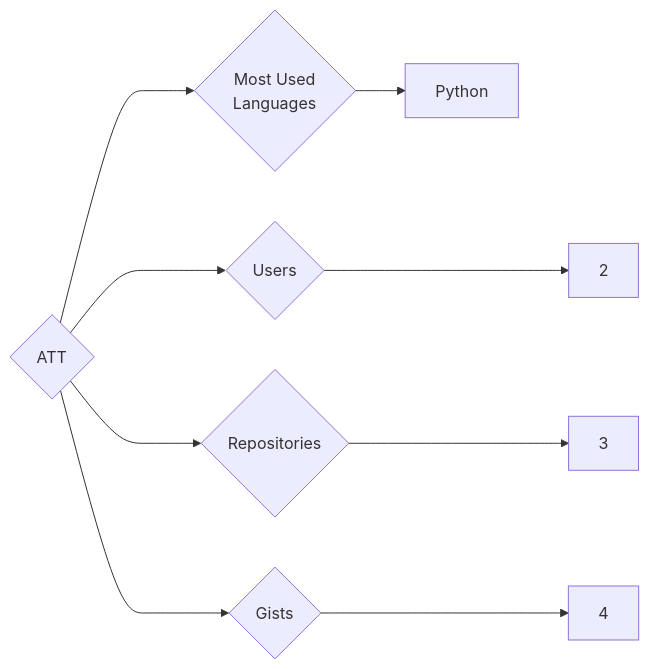
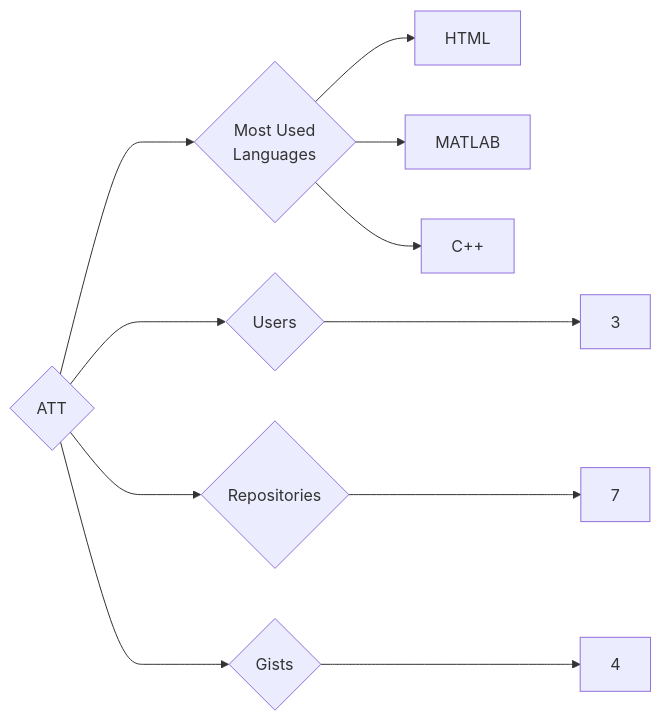
The diagram in targets/ATT/README.md (trickest/insiders), drawn with Mermaid before and after one commit. The commit also changed 1148 other files, not shown here.

````diff
--- a/targets/ATT/README.md
+++ b/targets/ATT/README.md
@@ -3,9 +3,11 @@
 ```mermaid
 graph LR
 COMPANY_NAME{ATT}
-COMPANY_NAME ---> U{Users} ---> UN[2]
-COMPANY_NAME ---> R{Repositories} ---> RN[3]
+COMPANY_NAME ---> U{Users} ---> UN[3]
+COMPANY_NAME ---> R{Repositories} ---> RN[7]
 COMPANY_NAME ---> G{Gists} ---> GN[4]
 COMPANY_NAME ---> ML{Most Used<br>Languages}
-ML --> Python[Python]
+ML --> HTML[HTML]
+ML --> MATLAB[MATLAB]
+ML --> C++[C++]
 ```
````
